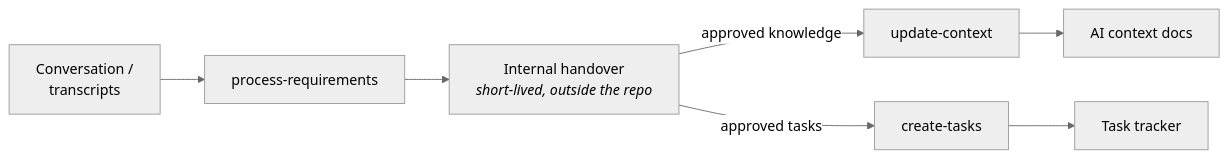
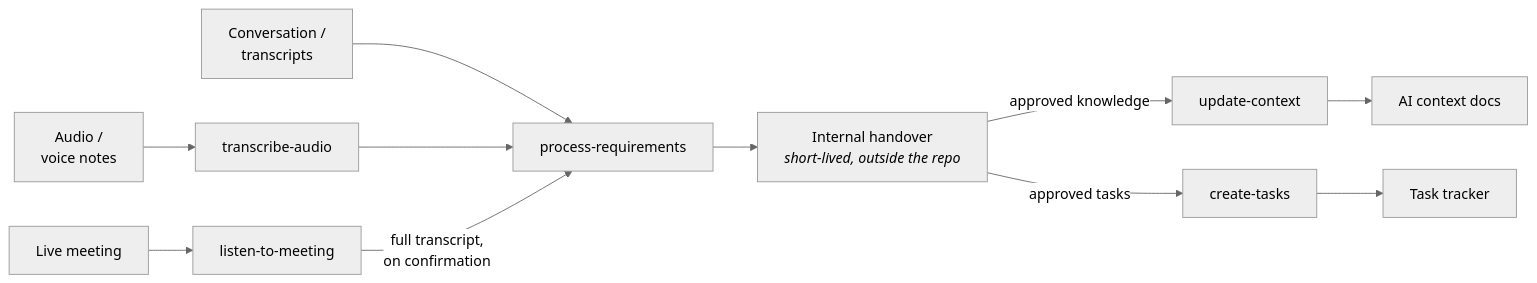
The diagram in README.md (quiram/winnow), drawn with Mermaid (neutral theme) before and after one commit. The commit also changed other lines of this file and 1 other file, not shown here.

Commit message:
Document the audio skills in README and CONTRIBUTING

````diff
--- a/README.md
+++ b/README.md
@@ -21,9 +21,13 @@
 ```mermaid
 flowchart LR
     A[Conversation /<br/>transcripts] --> P[process-requirements]
+    V[Audio /<br/>voice notes] --> TA[transcribe-audio]
+    TA --> P
+    M[Live meeting] --> L[listen-to-meeting]
+    L -->|full transcript,<br/>on confirmation| P
     P --> F[Internal handover<br/><i>short-lived, outside the repo</i>]
     F -->|approved knowledge| C[update-context]
     F -->|approved tasks| T[create-tasks]
     C --> D[AI context docs]
     T --> K[Task tracker]
 ```
````
